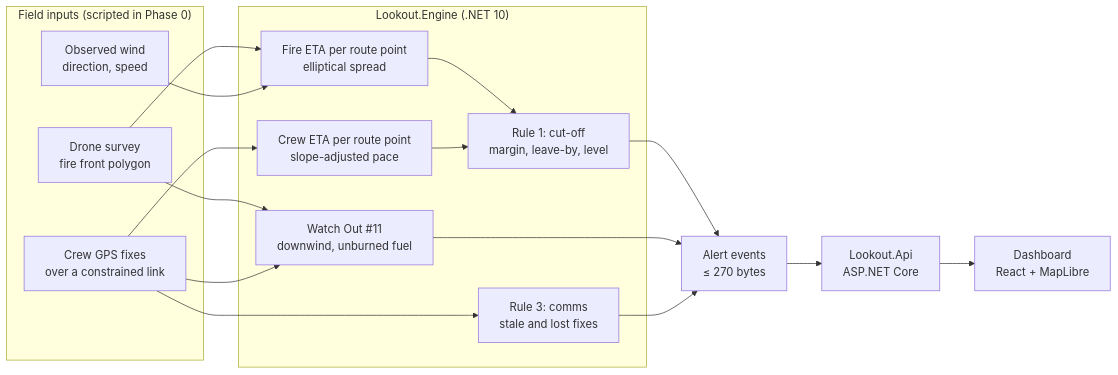
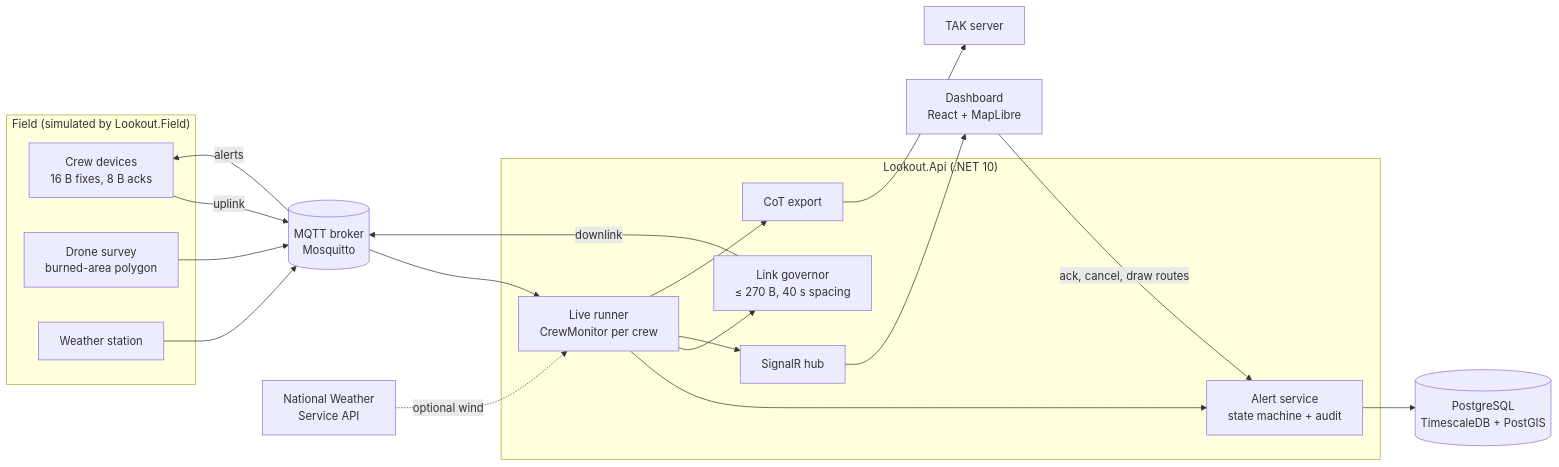
One commit to BrandonBodilyDev/lookout changed the first of 2 diagrams in README.md. Above: the diagram before and after it, drawn with Mermaid. The commit also changed other lines of this file and 35 other files, not shown here.

````diff
--- a/README.md
+++ b/README.md
@@ -51,28 +64,31 @@
 ```mermaid
 flowchart LR
-    subgraph Field["Field inputs (scripted in Phase 0)"]
-        D["Drone survey<br/>fire front polygon"]
-        W["Observed wind<br/>direction, speed"]
-        G["Crew GPS fixes<br/>over a constrained link"]
+    subgraph Field["Field (simulated by Lookout.Field)"]
+        C["Crew devices<br/>16 B fixes, 8 B acks"]
+        D["Drone survey<br/>burned-area polygon"]
+        W["Weather station"]
     end
-    subgraph Engine["Lookout.Engine (.NET 10)"]
-        S["Fire ETA per route point<br/>elliptical spread"]
-        T["Crew ETA per route point<br/>slope-adjusted pace"]
-        R1["Rule 1: cut-off<br/>margin, leave-by, level"]
-        R2["Watch Out #11<br/>downwind, unburned fuel"]
-        R3["Rule 3: comms<br/>stale and lost fixes"]
+    B[("MQTT broker<br/>Mosquitto")]
+    subgraph Server["Lookout.Api (.NET 10)"]
+        R["Live runner<br/>CrewMonitor per crew"]
+        G["Link governor<br/>≤ 270 B, 40 s spacing"]
+        S["Alert service<br/>state machine + audit"]
+        H["SignalR hub"]
+        T["CoT export"]
     end
-    D --> S
-    W --> S
-    G --> T
-    S --> R1
-    T --> R1
-    D --> R2
-    G --> R2
-    G --> R3
-    R1 --> A["Alert events<br/>≤ 270 bytes"]
-    R2 --> A
-    R3 --> A
-    A --> API["Lookout.Api<br/>ASP.NET Core"]
-    API --> UI["Dashboard<br/>React + MapLibre"]
+    P[("PostgreSQL<br/>TimescaleDB + PostGIS")]
+    N["National Weather<br/>Service API"]
+    UI["Dashboard<br/>React + MapLibre"]
+    TAK["TAK server"]
+
+    C -- uplink --> B
+    D --> B
+    W --> B
+    B --> R
+    N -. optional wind .-> R
+    R --> S --> P
+    R --> G -- downlink --> B -- alerts --> C
+    R --> H --> UI
+    UI -- ack, cancel, draw routes --> S
+    R --> T --> TAK
 ```
````
